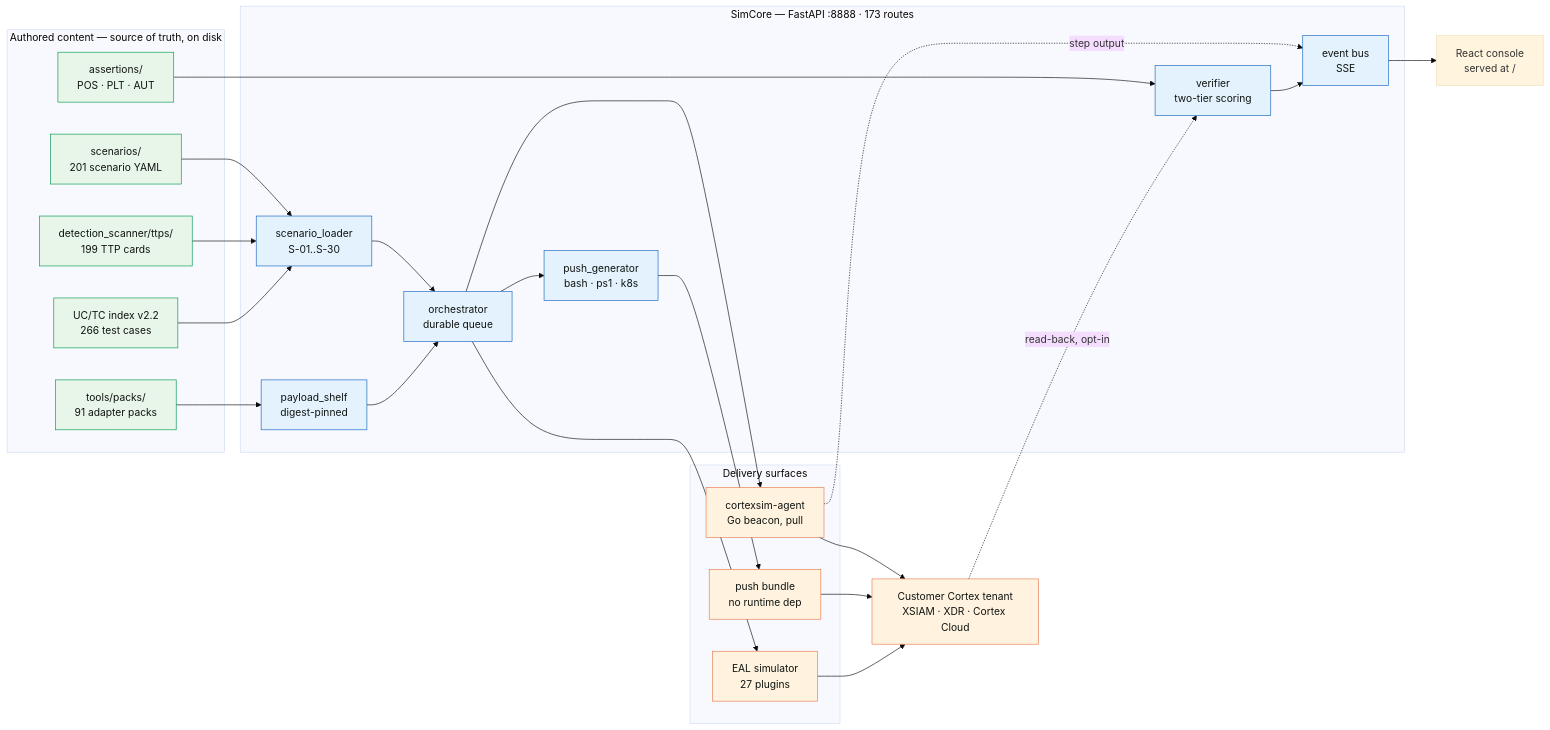
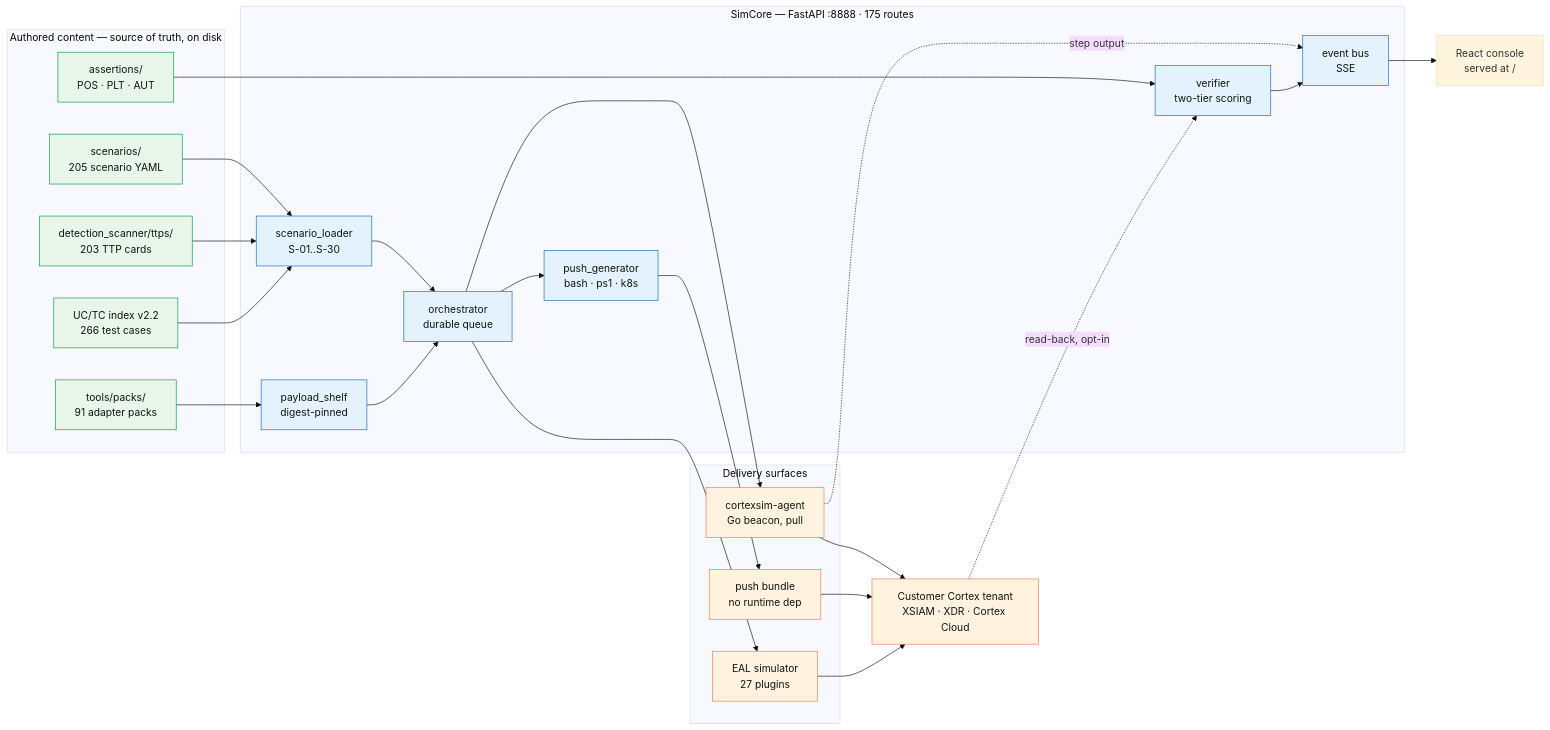
The first of 6 diagrams in README.md (hankthebldr/cortex-pov-engine), drawn with Mermaid (base theme) before and after one commit. The commit also changed other lines of this file and 4 other files, not shown here.

````diff
--- a/README.md
+++ b/README.md
@@ -258,54 +258,54 @@
 ```mermaid
 flowchart LR
     subgraph AUTHOR["Authored content — source of truth, on disk"]
-        SC["scenarios/<br/>201 scenario YAML"]
-        TTP["detection_scanner/ttps/<br/>199 TTP cards"]
+        SC["scenarios/<br/>205 scenario YAML"]
+        TTP["detection_scanner/ttps/<br/>203 TTP cards"]
         ASRT["assertions/<br/>POS · PLT · AUT"]
         PACK["tools/packs/<br/>91 adapter packs"]
         IDX["UC/TC index v2.2<br/>266 test cases"]
     end
 
-    subgraph CORE["SimCore — FastAPI :8888 · 173 routes"]
+    subgraph CORE["SimCore — FastAPI :8888 · 175 routes"]
         LOAD["scenario_loader<br/>S-01..S-30"]
         ORCH["orchestrator<br/>durable queue"]
         SHELF["payload_shelf<br/>digest-pinned"]
         VERIF["verifier<br/>two-tier scoring"]
         BUS["event bus<br/>SSE"]
         PUSH["push_generator<br/>bash · ps1 · k8s"]
     end
 
     subgraph EXEC["Delivery surfaces"]
         AGENT["cortexsim-agent<br/>Go beacon, pull"]
         BUNDLE["push bundle<br/>no runtime dep"]
         EAL["EAL simulator<br/>27 plugins"]
     end
 
     TENANT["Customer Cortex tenant<br/>XSIAM · XDR · Cortex Cloud"]
     UI["React console<br/>served at /"]
 
     SC --> LOAD
     TTP --> LOAD
     PACK --> SHELF
     IDX --> LOAD
     ASRT --> VERIF
     LOAD --> ORCH
     SHELF --> ORCH
     ORCH --> AGENT
     ORCH --> PUSH
     PUSH --> BUNDLE
     ORCH --> EAL
     AGENT --> TENANT
     BUNDLE --> TENANT
     EAL --> TENANT
     AGENT -. "step output" .-> BUS
     BUS --> UI
     TENANT -. "read-back, opt-in" .-> VERIF
     VERIF --> BUS
 
     classDef src fill:#e8f5e9,stroke:#00994d,color:#101411
     classDef eng fill:#e3f2fd,stroke:#1565c0,color:#101411
     classDef out fill:#fff3e0,stroke:#e87a4f,color:#101411
     class SC,TTP,ASRT,PACK,IDX src
     class LOAD,ORCH,SHELF,VERIF,BUS,PUSH eng
     class AGENT,BUNDLE,EAL,TENANT out
 ```
````
